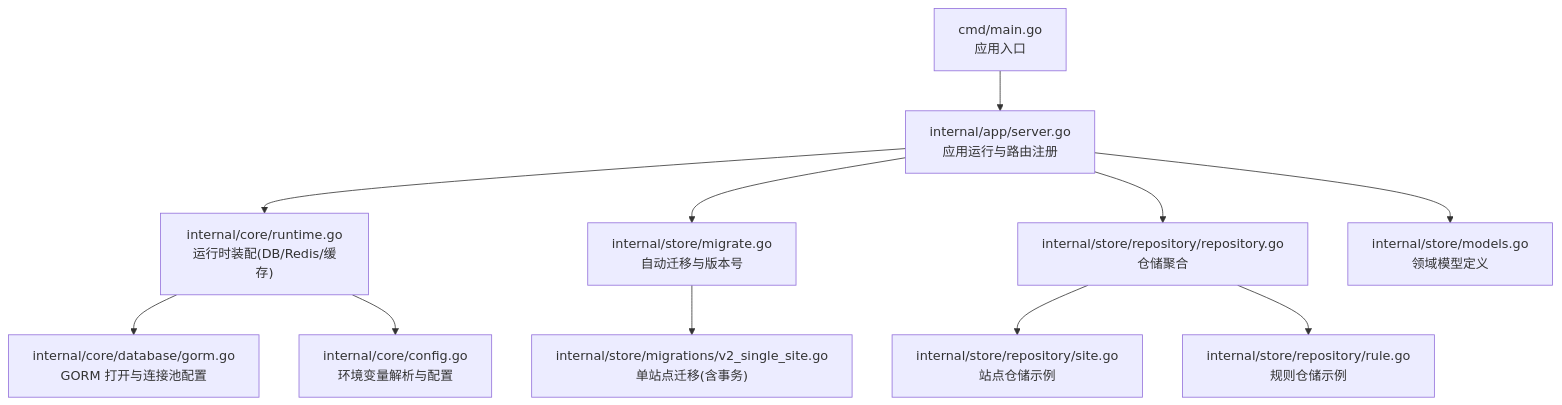
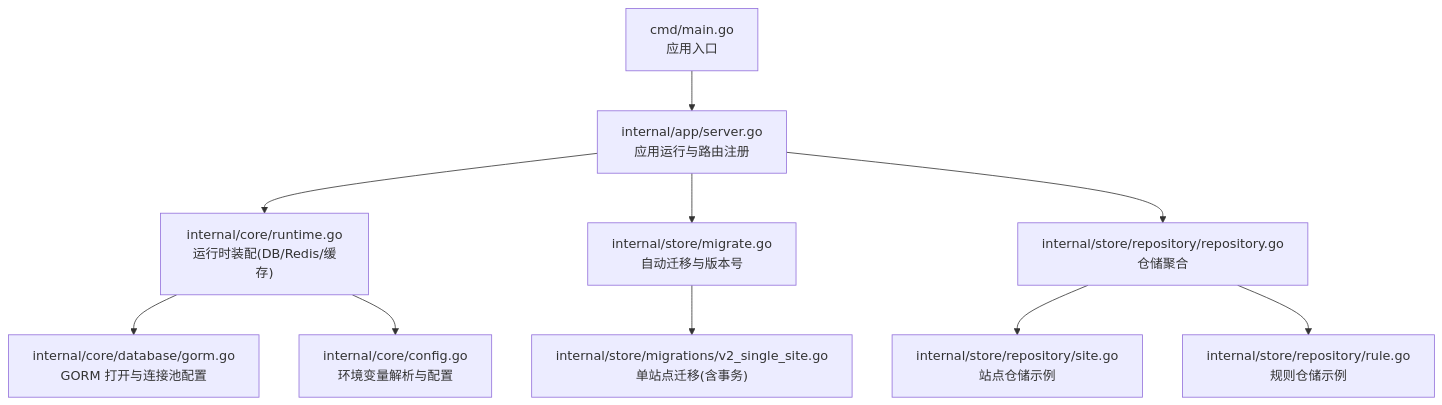
The first of 8 diagrams in docs/数据存储层/GORM 配置与使用.md (x01n/My-OpenWaf), drawn with Mermaid before and after one commit. The commit also changed other lines of this file and 199 other files, not shown here.

````diff
--- a/docs/数据存储层/GORM 配置与使用.md
+++ b/docs/数据存储层/GORM 配置与使用.md
@@ -40,13 +39,12 @@
 ```mermaid
 graph TB
 A["cmd/main.go<br/>应用入口"] --> B["internal/app/server.go<br/>应用运行与路由注册"]
 B --> C["internal/core/runtime.go<br/>运行时装配(DB/Redis/缓存)"]
 C --> D["internal/core/database/gorm.go<br/>GORM 打开与连接池配置"]
 C --> E["internal/core/config.go<br/>环境变量解析与配置"]
 B --> F["internal/store/migrate.go<br/>自动迁移与版本号"]
 F --> G["internal/store/migrations/v2_single_site.go<br/>单站点迁移(含事务)"]
 B --> H["internal/store/repository/repository.go<br/>仓储聚合"]
 H --> I["internal/store/repository/site.go<br/>站点仓储示例"]
 H --> J["internal/store/repository/rule.go<br/>规则仓储示例"]
-B --> K["internal/store/models.go<br/>领域模型定义"]
 ```
````
